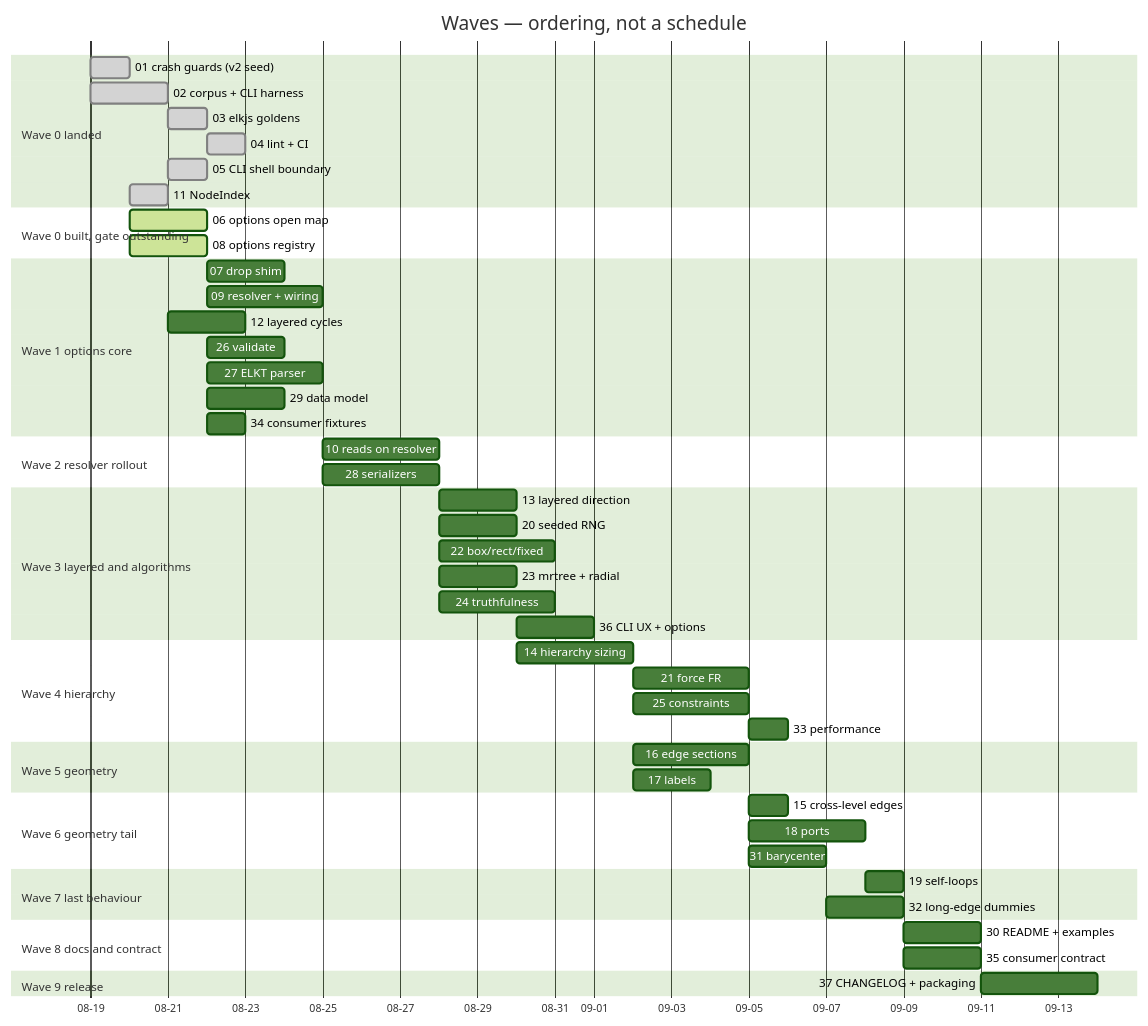
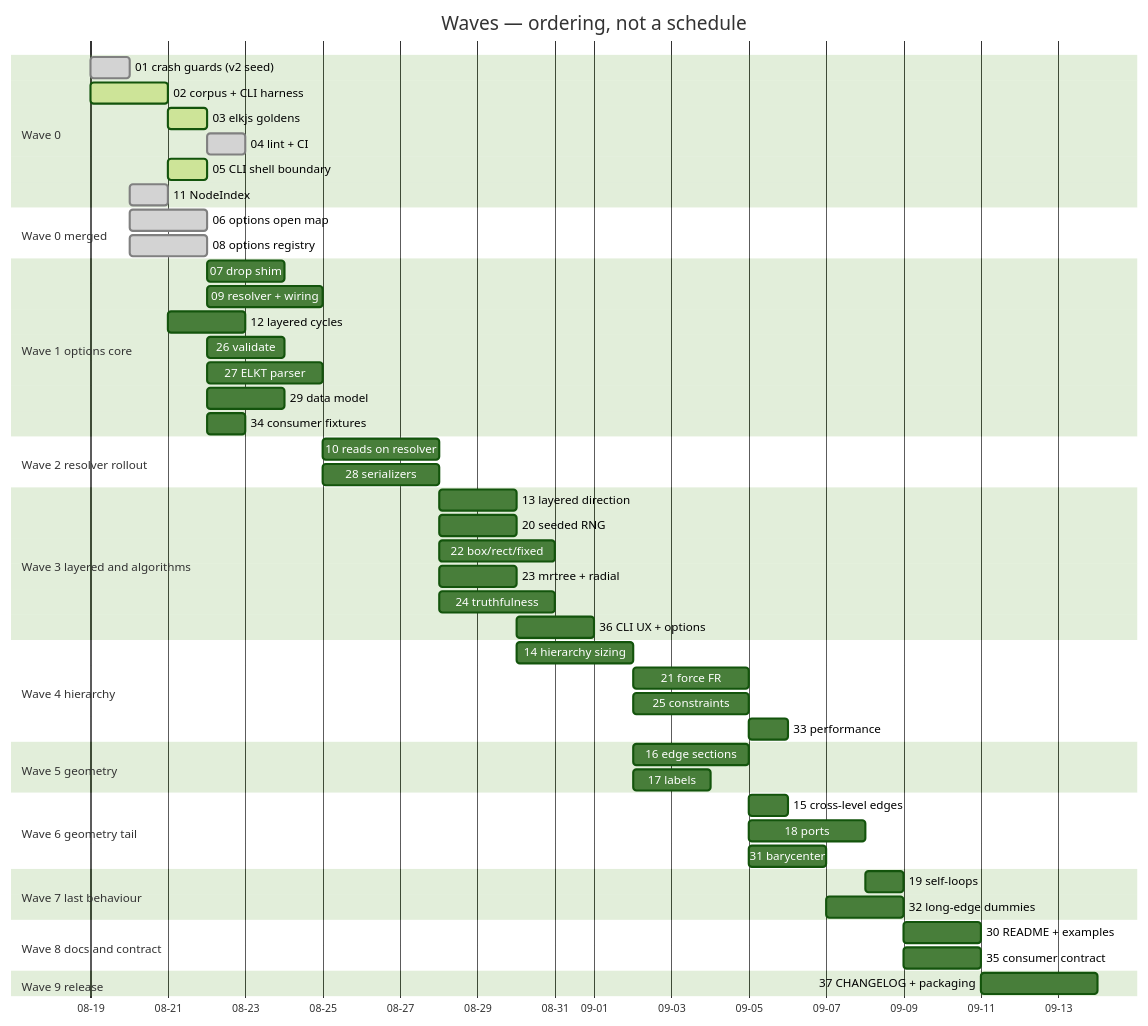
The second of 2 diagrams in TODO.remediation/00-overview.md (claricle/elkrb), drawn with Mermaid (forest theme) before and after one commit. The commit also changed other lines of this file and 5 other files, not shown here.

````diff
--- a/TODO.remediation/00-overview.md
+++ b/TODO.remediation/00-overview.md
@@ -143,54 +144,54 @@
 ```mermaid
 gantt
     dateFormat  YYYY-MM-DD
     axisFormat  %m-%d
     title Waves — ordering, not a schedule
-    section Wave 0 landed
+    section Wave 0
     01 crash guards (v2 seed)   :done, w0a, 2026-08-19, 1d
-    02 corpus + CLI harness     :done, w0b, 2026-08-19, 2d
-    03 elkjs goldens            :done, w0c, after w0b, 1d
+    02 corpus + CLI harness     :active, w0b, 2026-08-19, 2d
+    03 elkjs goldens            :active, w0c, after w0b, 1d
     04 lint + CI                :done, w0d, after w0c, 1d
-    05 CLI shell boundary       :done, w0e, after w0b, 1d
+    05 CLI shell boundary       :active, w0e, after w0b, 1d
     11 NodeIndex                :done, w0f, 2026-08-20, 1d
-    section Wave 0 built, gate outstanding
-    06 options open map         :active, w0g, 2026-08-20, 2d
-    08 options registry         :active, w0h, 2026-08-20, 2d
+    section Wave 0 merged
+    06 options open map         :done, w0g, 2026-08-20, 2d
+    08 options registry         :done, w0h, 2026-08-20, 2d
     section Wave 1 options core
     07 drop shim                :w1a, after w0g, 2d
     09 resolver + wiring        :w1b, after w0h, 3d
     12 layered cycles           :w1c, after w0f, 2d
     26 validate                 :w1d, after w0e, 2d
     27 ELKT parser              :w1e, after w0g, 3d
     29 data model               :w1f, after w0g, 2d
     34 consumer fixtures        :w1g, after w0g, 1d
     section Wave 2 resolver rollout
     10 reads on resolver        :w2a, after w1b, 3d
     28 serializers              :w2b, after w1e, 3d
     section Wave 3 layered and algorithms
     13 layered direction        :w3a, after w2a w1c, 2d
     20 seeded RNG               :w3b, after w2a, 2d
     22 box/rect/fixed           :w3c, after w2a, 3d
     23 mrtree + radial          :w3d, after w2a w1a, 2d
     24 truthfulness             :w3e, after w2a w1a, 3d
     36 CLI UX + options         :w3f, after w1b w1d w3a, 2d
     section Wave 4 hierarchy
     14 hierarchy sizing         :w4a, after w3a w1a, 3d
     21 force FR                 :w4b, after w4a w3b, 3d
     25 constraints              :w4c, after w4a, 3d
     33 performance              :w4d, after w3e w4b, 1d
     section Wave 5 geometry
     16 edge sections            :w5a, after w4a, 3d
     17 labels                   :w5b, after w4a, 2d
     section Wave 6 geometry tail
     15 cross-level edges        :w6a, after w5a, 1d
     18 ports                    :w6b, after w5a, 3d
     31 barycenter               :w6c, after w5a, 2d
     section Wave 7 last behaviour
     19 self-loops               :w7a, after w6b, 1d
     32 long-edge dummies        :w7b, after w6c, 2d
     section Wave 8 docs and contract
     30 README + examples        :w8a, after w7a w7b, 2d
     35 consumer contract        :w8b, after w7b w4d w3f w1g, 2d
     section Wave 9 release
     37 CHANGELOG + packaging    :w9a, after w8a w8b w1f w2b w4c, 3d
 ```
````
